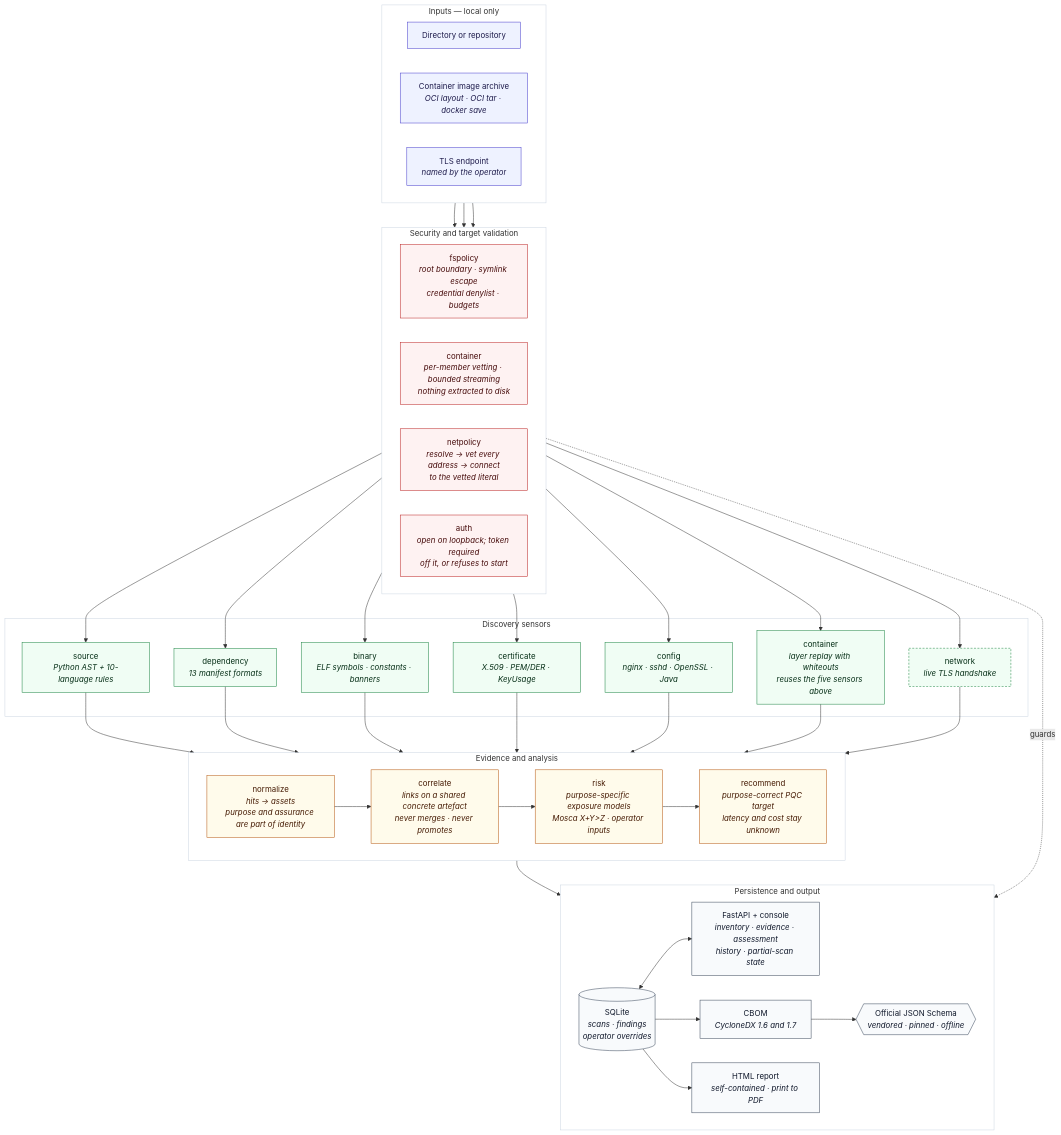
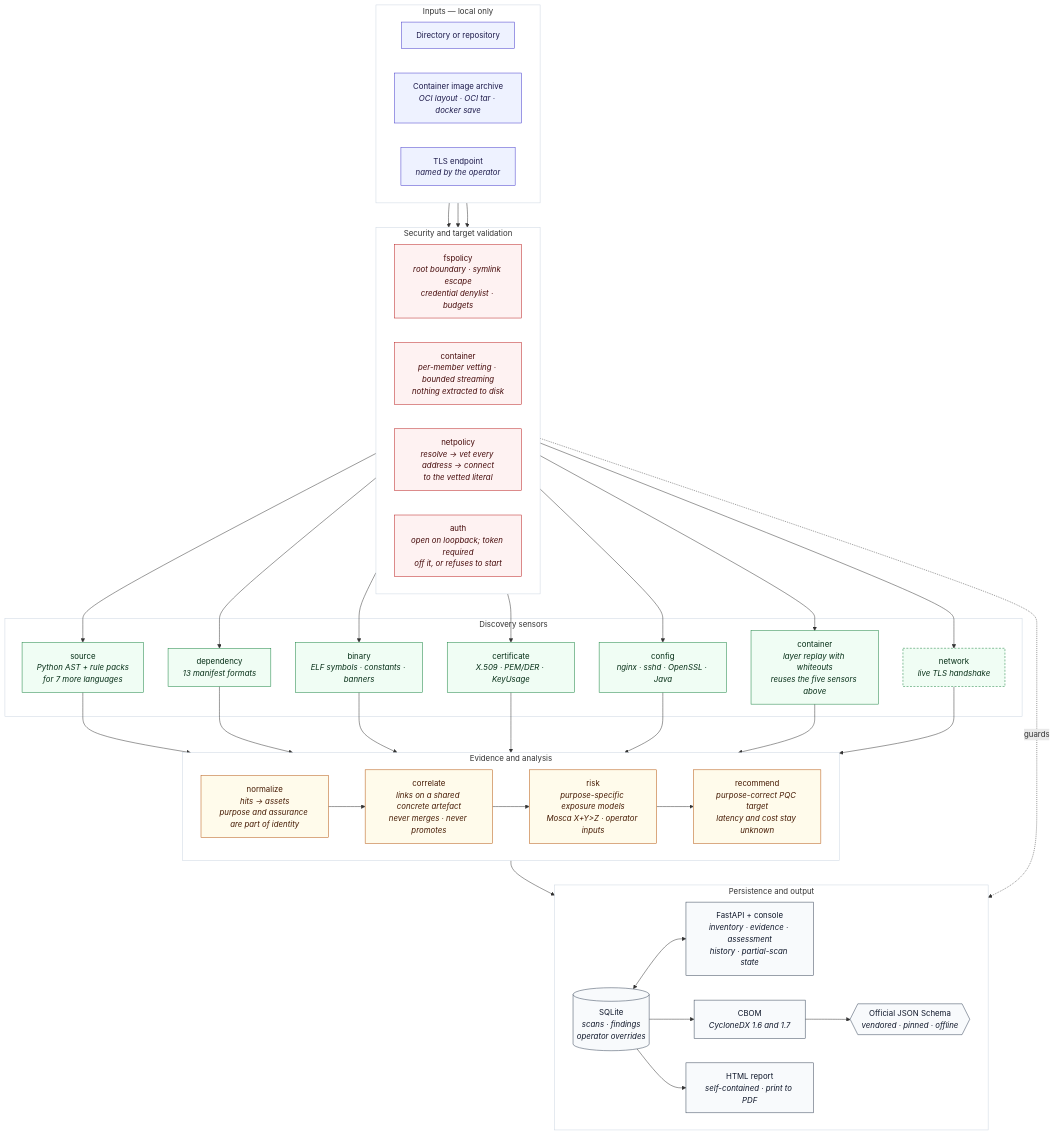
The diagram in docs/architecture/architecture.mmd (sgtsujith141-wq/cryptodrishti), drawn with Mermaid before and after one commit. The commit also changed 3 other files, not shown here.

First line of the commit message:
Correct the language count in the architecture diagram

```diff
--- a/docs/architecture/architecture.mmd
+++ b/docs/architecture/architecture.mmd
@@ -1,80 +1,80 @@
 flowchart TB
     subgraph IN["Inputs — local only"]
         direction LR
         D1["Directory or repository"]
         D2["Container image archive<br/><i>OCI layout · OCI tar · docker save</i>"]
         D3["TLS endpoint<br/><i>named by the operator</i>"]
     end
 
     subgraph GATE["Security and target validation"]
         direction LR
         G1["fspolicy<br/><i>root boundary · symlink escape<br/>credential denylist · budgets</i>"]
         G2["container<br/><i>per-member vetting · bounded streaming<br/>nothing extracted to disk</i>"]
         G3["netpolicy<br/><i>resolve → vet every address → connect<br/>to the vetted literal</i>"]
         G4["auth<br/><i>open on loopback; token required<br/>off it, or refuses to start</i>"]
     end
 
     subgraph SENSE["Discovery sensors"]
-        S1["source<br/><i>Python AST + 10-language rules</i>"]
+        S1["source<br/><i>Python AST + rule packs<br/>for 7 more languages</i>"]
         S2["dependency<br/><i>13 manifest formats</i>"]
         S3["binary<br/><i>ELF symbols · constants · banners</i>"]
         S4["certificate<br/><i>X.509 · PEM/DER · KeyUsage</i>"]
         S5["config<br/><i>nginx · sshd · OpenSSL · Java</i>"]
         S6["container<br/><i>layer replay with whiteouts<br/>reuses the five sensors above</i>"]
         S7["network<br/><i>live TLS handshake</i>"]
     end
 
     subgraph CORE["Evidence and analysis"]
         direction LR
         N1["normalize<br/><i>hits → assets<br/>purpose and assurance are part of identity</i>"]
         N2["correlate<br/><i>links on a shared concrete artefact<br/>never merges · never promotes</i>"]
         N3["risk<br/><i>purpose-specific exposure models<br/>Mosca X+Y&gt;Z · operator inputs</i>"]
         N4["recommend<br/><i>purpose-correct PQC target<br/>latency and cost stay unknown</i>"]
     end
 
     subgraph OUT["Persistence and output"]
         direction LR
         P1[("SQLite<br/><i>scans · findings<br/>operator overrides</i>")]
         A1["FastAPI + console<br/><i>inventory · evidence · assessment<br/>history · partial-scan state</i>"]
         X1["CBOM<br/><i>CycloneDX 1.6 and 1.7</i>"]
         X2["HTML report<br/><i>self-contained · print to PDF</i>"]
         V1{{"Official JSON Schema<br/><i>vendored · pinned · offline</i>"}}
     end
 
     D1 --> G1
     D2 --> G2
     D3 --> G3
 
     G1 --> S1 & S2 & S3 & S4 & S5
     G2 --> S6
     G3 --> S7
 
     S1 & S2 & S3 & S4 & S5 & S6 & S7 --> N1
     N1 --> N2 --> N3 --> N4
     N4 --> P1
     P1 <--> A1
     P1 --> X1 & X2
     X1 --> V1
 
     G4 -.guards.-> A1
 
     classDef input fill:#EEF2FF,stroke:#4338CA,color:#1E1B4B
     classDef gate fill:#FEF2F2,stroke:#B91C1C,color:#450A0A
     classDef sensor fill:#F0FDF4,stroke:#15803D,color:#052E16
     classDef core fill:#FFFBEB,stroke:#B45309,color:#451A03
     classDef out fill:#F8FAFC,stroke:#334155,color:#0F172A
     classDef offline stroke-dasharray: 4 3
 
     class D1,D2,D3 input
     class G1,G2,G3,G4 gate
     class S1,S2,S3,S4,S5,S6 sensor
     class S7 sensor
     class N1,N2,N3,N4 core
     class P1,A1,X1,X2,V1 out
     class S7 offline
 
     style IN fill:#FFFFFF,stroke:#CBD5E1
     style GATE fill:#FFFFFF,stroke:#CBD5E1
     style SENSE fill:#FFFFFF,stroke:#CBD5E1
     style CORE fill:#FFFFFF,stroke:#CBD5E1
     style OUT fill:#FFFFFF,stroke:#CBD5E1
```
